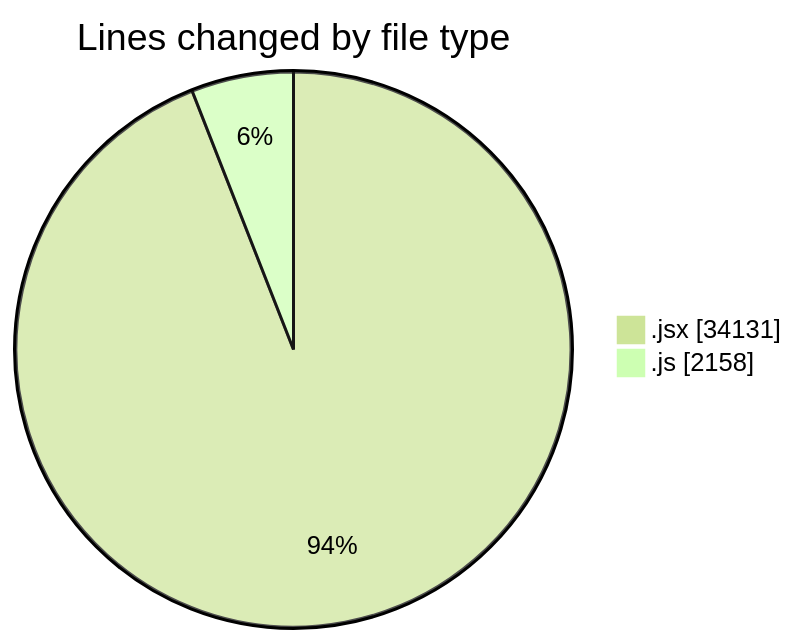
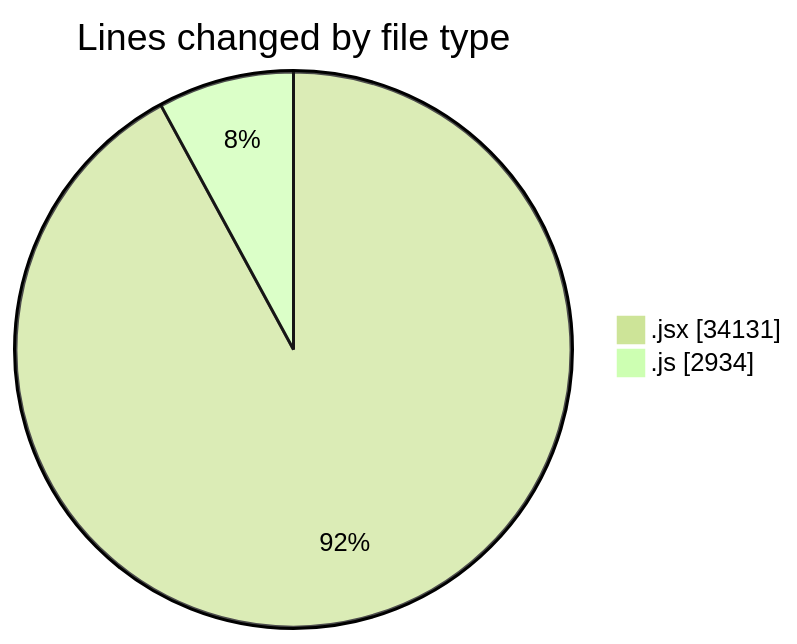
Before and after one commit to nxtqubesakshisongat/code-tracking: the first of 2 diagrams in 2025-09-29/nxtqube_webapp/README.md, drawn with Mermaid (forest theme). The commit also changed other lines of this file and 1 other file, not shown here.

````diff
--- a/2025-09-29/nxtqube_webapp/README.md
+++ b/2025-09-29/nxtqube_webapp/README.md
@@ -22,6 +22,6 @@
 ```mermaid
 pie showData
 title Lines changed by file type
 ".jsx" : 34131
-".js" : 2158
+".js" : 2934
 ```
````
